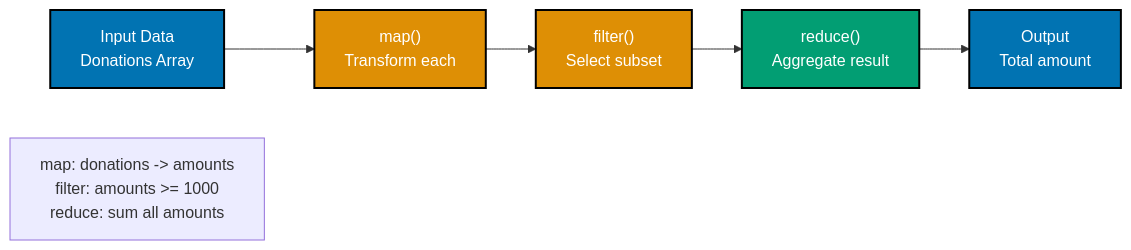
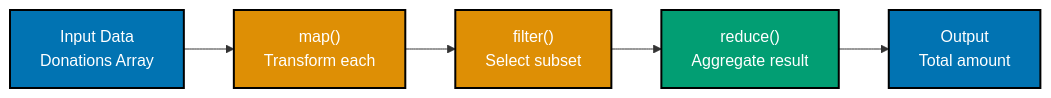
The first of 3 diagrams in docs/explanation/software-engineering/programming-languages/typescript/functional-programming.md (wahidyankf/ose-primer), drawn with Mermaid before and after one commit. The commit also changed other lines of this file and 16 other files, not shown here.

Commit message:
fix(docs): fix mermaid violations in typescript/ docs (batch 1/10)

````diff
--- a/docs/explanation/software-engineering/programming-languages/typescript/functional-programming.md
+++ b/docs/explanation/software-engineering/programming-languages/typescript/functional-programming.md
@@ -78,20 +80,15 @@
 ```mermaid
 %% Color Palette: Blue #0173B2, Orange #DE8F05, Teal #029E73, Purple #CC78BC, Brown #CA9161
 graph LR
     Input["Input Data<br/>Donations Array"]:::blue
-    Map["map#40;#41;<br/>Transform each"]:::orange
-    Filter["filter#40;#41;<br/>Select subset"]:::orange
-    Reduce["reduce#40;#41;<br/>Aggregate result"]:::teal
+    Map["map()<br/>Transform each"]:::orange
+    Filter["filter()<br/>Select subset"]:::orange
+    Reduce["reduce()<br/>Aggregate result"]:::teal
     Output["Output<br/>Total amount"]:::blue
 
-    Input --> Map
-    Map --> Filter
-    Filter --> Reduce
-    Reduce --> Output
-
-    Note1["map: donations -> amounts<br/>filter: amounts >= 1000<br/>reduce: sum all amounts"]
+    Input --> Map --> Filter --> Reduce --> Output
 
     classDef blue fill:#0173B2,stroke:#000000,color:#FFFFFF,stroke-width:2px
     classDef orange fill:#DE8F05,stroke:#000000,color:#FFFFFF,stroke-width:2px
     classDef teal fill:#029E73,stroke:#000000,color:#FFFFFF,stroke-width:2px
 ```
````
